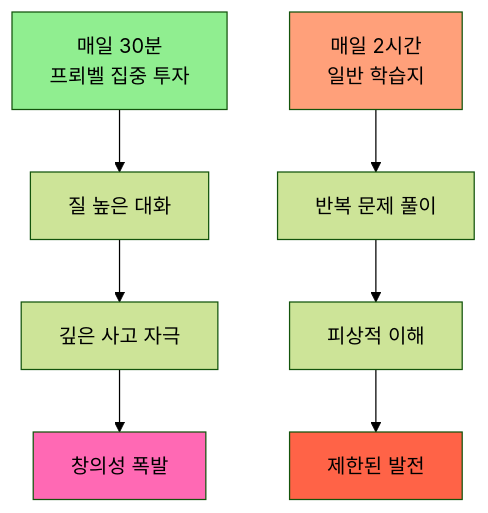
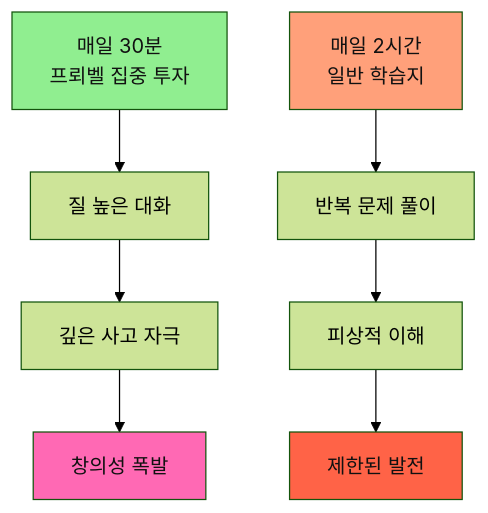
Before and after one commit to Collegenie-X/froebel: the sixth of 34 diagrams in 3단계_프뢰벨_FAQ_핵심가치.md, drawn with Mermaid (forest theme). The commit also changed other lines of this file and 2 other files, not shown here.

Commit message:
updated  문서

````diff
--- a/3단계_프뢰벨_FAQ_핵심가치.md
+++ b/3단계_프뢰벨_FAQ_핵심가치.md
@@ -305,15 +305,15 @@
 ```mermaid
 graph TD
     A[매일 30분<br/>프뢰벨 집중 투자] --> B[질 높은 대화]
     B --> C[깊은 사고 자극]
     C --> D[창의성 폭발]
     
     E[매일 2시간<br/>일반 학습지] --> F[반복 문제 풀이]
     F --> G[피상적 이해]
     G --> H[제한된 발전]
     
-    style A fill:#90EE90
-    style D fill:#FF69B4
-    style E fill:#FFA07A
-    style H fill:#FF6347
+    style A fill:#90EE90,color:#111
+    style D fill:#FF69B4,color:#111
+    style E fill:#FFA07A,color:#111
+    style H fill:#FF6347,color:#111
 ```
````
